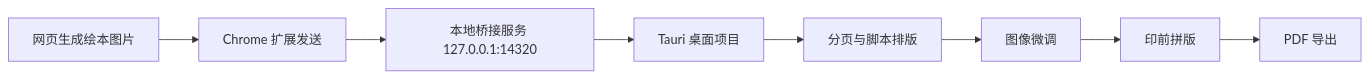
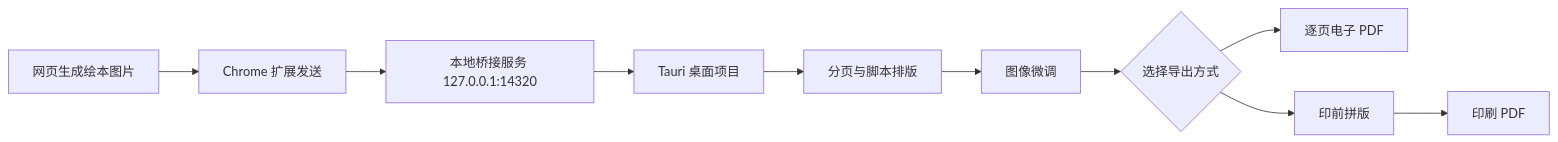
Before and after one commit to glenzli/storybook-co-editor: the diagram in README.md, drawn with Mermaid. The commit also changed other lines of this file and 7 other files, not shown here.

````diff
--- a/README.md
+++ b/README.md
@@ -58,10 +58,12 @@
 ```mermaid
 flowchart LR
   A["网页生成绘本图片"] --> B["Chrome 扩展发送"]
   B --> C["本地桥接服务 127.0.0.1:14320"]
   C --> D["Tauri 桌面项目"]
   D --> E["分页与脚本排版"]
   E --> F["图像微调"]
-  F --> G["印前拼版"]
-  G --> H["PDF 导出"]
+  F --> G{"选择导出方式"}
+  G --> H["逐页电子 PDF"]
+  G --> I["印前拼版"]
+  I --> J["印刷 PDF"]
 ```
````
